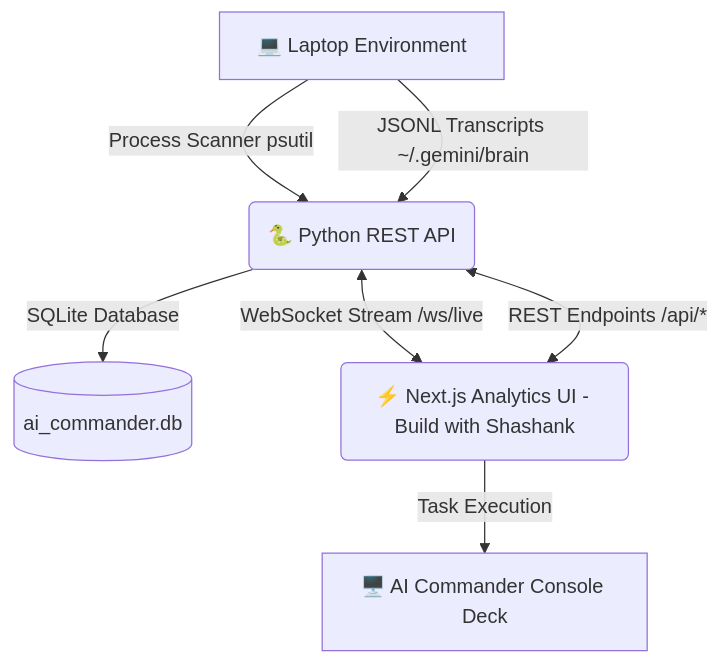
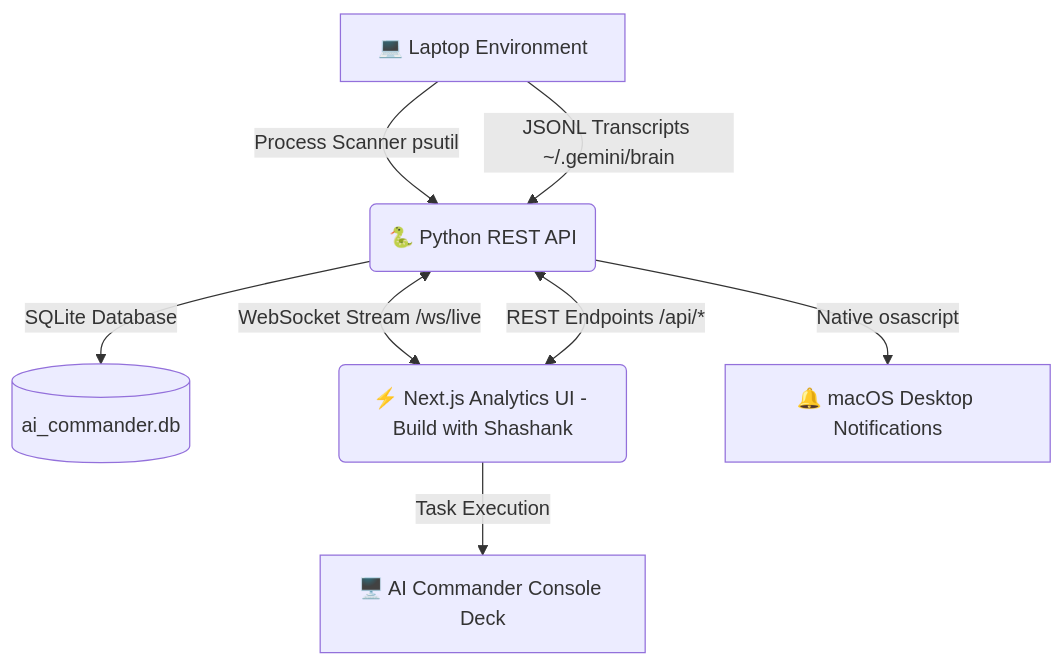
The diagram in README.md (shashankshekhar2909/ai-commander), drawn with Mermaid before and after one commit. The commit also changed other lines of this file, not shown here.

Commit message:
Update README with USP section, feature matrix, and architecture flow

````diff
--- a/README.md
+++ b/README.md
@@ -24,9 +73,10 @@
 ```mermaid
 graph TD
     A[💻 Laptop Environment] -->|Process Scanner psutil| B(🐍 Python REST API)
     A -->|JSONL Transcripts ~/.gemini/brain| B
     B -->|SQLite Database| C[(ai_commander.db)]
     B <-->|WebSocket Stream /ws/live| D(⚡ Next.js Analytics UI - Build with Shashank)
     B <-->|REST Endpoints /api/*| D
     D -->|Task Execution| E[🖥️ AI Commander Console Deck]
+    B -->|Native osascript| F[🔔 macOS Desktop Notifications]
 ```
````
